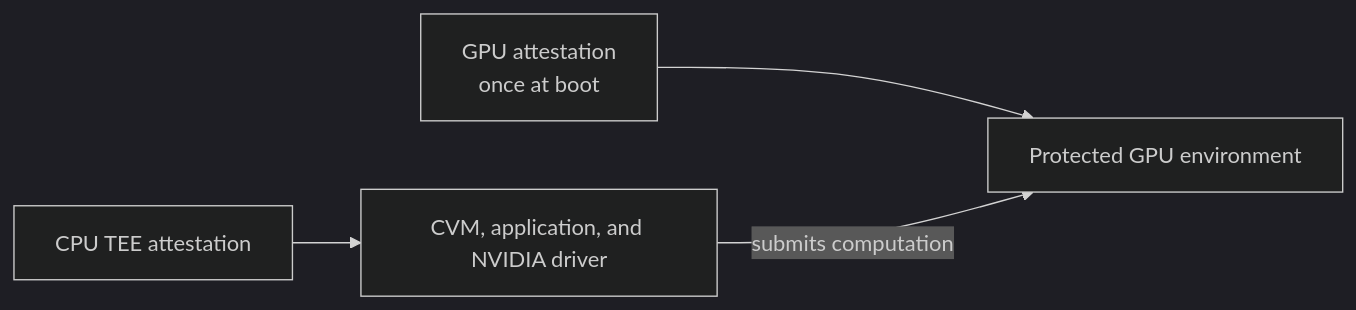
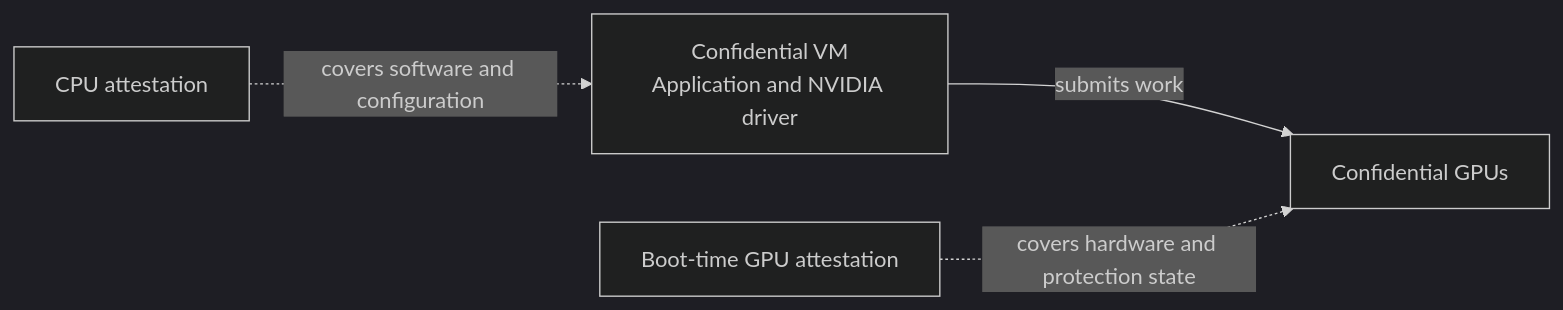
Before and after one commit to Dstack-TEE/dstack: the first of 4 diagrams in docs/confidential-ai.md, drawn with Mermaid (dark theme). The commit also changed other lines of this file, not shown here.

Commit message:
docs: clarify the scope of GPU boot evidence

````diff
--- a/docs/confidential-ai.md
+++ b/docs/confidential-ai.md
@@ -38,6 +31,6 @@
 ```mermaid
 graph LR
-    CPUProof[CPU TEE attestation] --> CPU["CVM, application, and NVIDIA driver"]
-    GPUProof["GPU attestation<br/>once at boot"] --> GPU[Protected GPU environment]
-    CPU -->|submits computation| GPU
+    CPU["Confidential VM<br/>Application and NVIDIA driver"] -->|submits work| GPU["Confidential GPUs"]
+    CPUProof["CPU attestation"] -.->|covers software and configuration| CPU
+    GPUProof["Boot-time GPU attestation"] -.->|covers hardware and protection state| GPU
 ```
````
